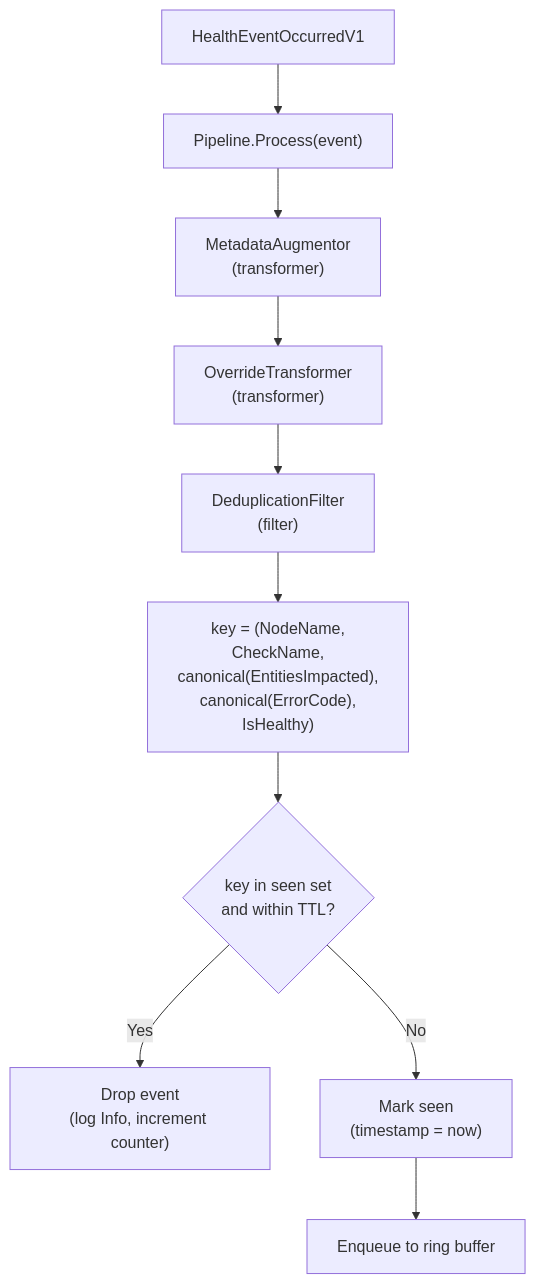
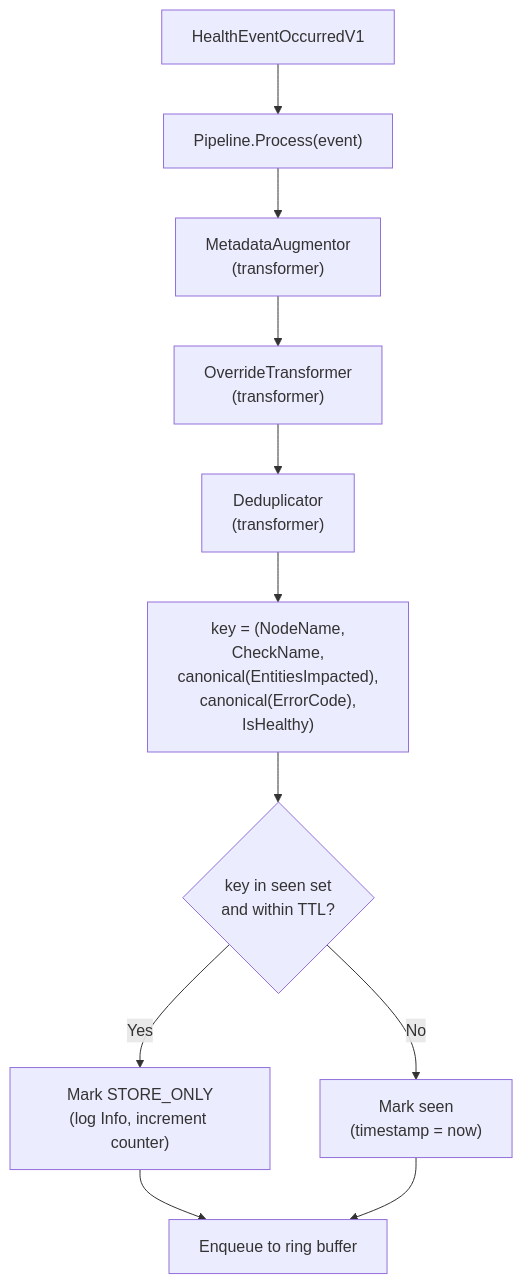
The diagram in docs/designs/039-health-event-deduplication.md (XRFXLP/NVSentinel), drawn with Mermaid before and after one commit. The commit also changed other lines of this file and 29 other files, not shown here.

Commit message:
remove filter, use transformer to suppress events

````diff
--- a/docs/designs/039-health-event-deduplication.md
+++ b/docs/designs/039-health-event-deduplication.md
@@ -25,12 +25,13 @@
 ```mermaid
 flowchart TD
     Recv["HealthEventOccurredV1"] --> Pipe["Pipeline.Process(event)"]
     Pipe --> MA["MetadataAugmentor<br/>(transformer)"]
     MA --> OT["OverrideTransformer<br/>(transformer)"]
-    OT --> Dedup["DeduplicationFilter<br/>(filter)"]
+    OT --> Dedup["Deduplicator<br/>(transformer)"]
     Dedup --> KeyExtract["key = (NodeName,<br/>CheckName,<br/>canonical(EntitiesImpacted),<br/>canonical(ErrorCode),<br/>IsHealthy)"]
     KeyExtract --> Seen{"key in seen set<br/>and within TTL?"}
-    Seen -->|Yes| Drop["Drop event<br/>(log Info, increment counter)"]
+    Seen -->|Yes| StoreOnly["Mark STORE_ONLY<br/>(log Info, increment counter)"]
     Seen -->|No| Mark["Mark seen<br/>(timestamp = now)"]
-    Mark --> Enqueue["Enqueue to ring buffer"]
+    StoreOnly --> Enqueue["Enqueue to ring buffer"]
+    Mark --> Enqueue
 ```
````
